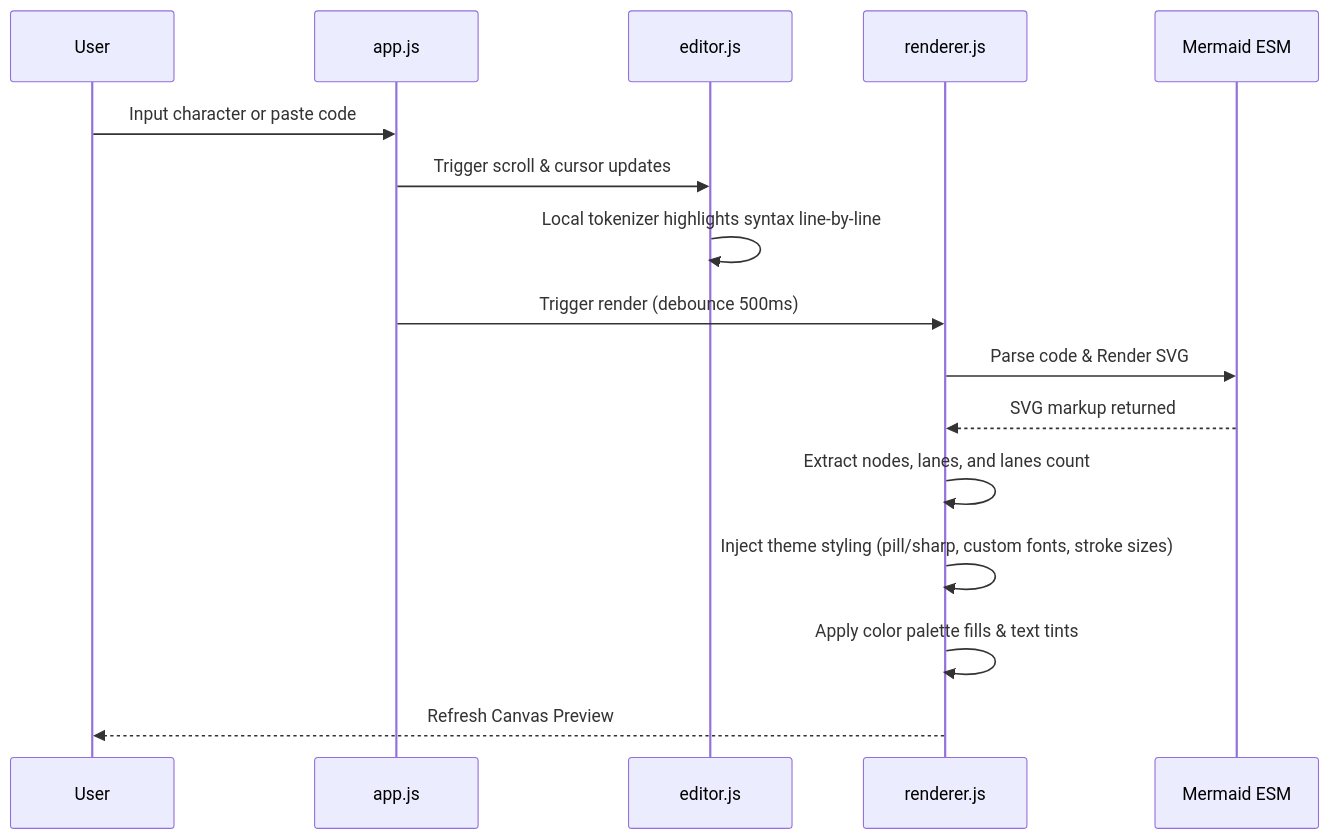
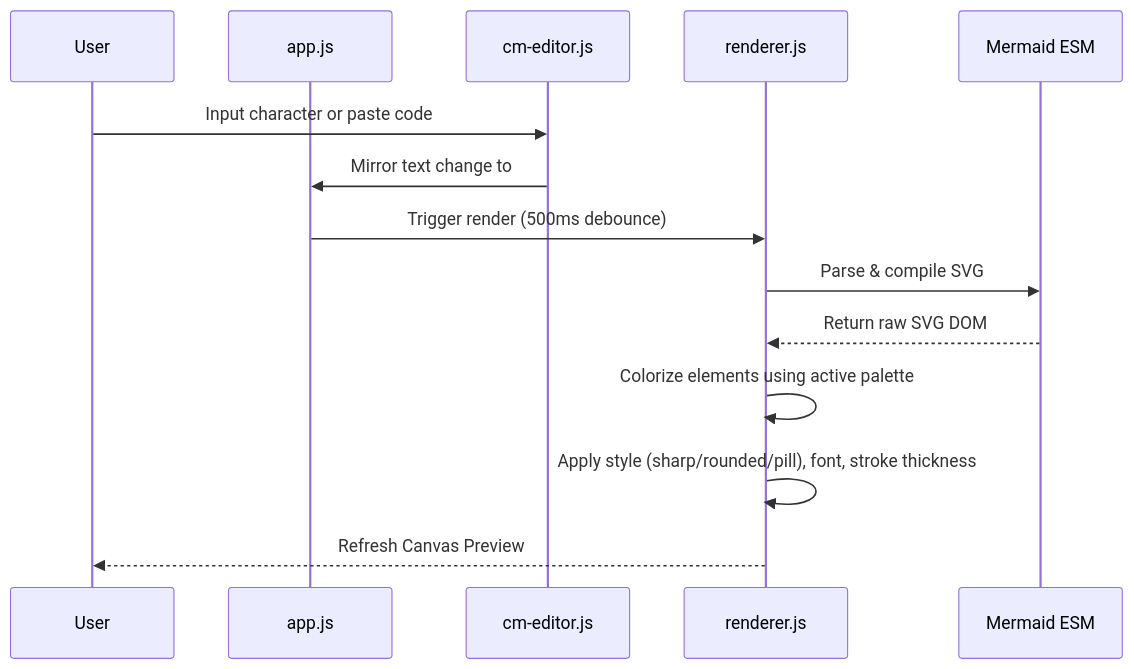
One commit to Thols-Games/Mermaidjs changed the fifth of 9 diagrams in Markdown/Codebase_Analysis.md. Above: the diagram before and after it, drawn with Mermaid. The commit also changed other lines of this file and 87 other files, not shown here.

First line of the commit message:
Add CodeMirror editor with snippets, decorations, and diagnostics

````diff
--- a/Markdown/Codebase_Analysis.md
+++ b/Markdown/Codebase_Analysis.md
@@ -79,19 +170,17 @@
 ```mermaid
 sequenceDiagram
     participant User
     participant App as app.js
-    participant Ed as editor.js
+    participant CM as cm-editor.js
     participant Rend as renderer.js
     participant MM as Mermaid ESM
 
-    User->>App: Input character or paste code
-    App->>Ed: Trigger scroll & cursor updates
-    Ed->>Ed: Local tokenizer highlights syntax line-by-line
-    App->>Rend: Trigger render (debounce 500ms)
-    Rend->>MM: Parse code & Render SVG
-    MM-->>Rend: SVG markup returned
-    Rend->>Rend: Extract nodes, lanes, and lanes count
-    Rend->>Rend: Inject theme styling (pill/sharp, custom fonts, stroke sizes)
-    Rend->>Rend: Apply color palette fills & text tints
+    User->>CM: Input character or paste code
+    CM->>App: Mirror text change to #source (input event)
+    App->>Rend: Trigger render (500ms debounce)
+    Rend->>MM: Parse & compile SVG
+    MM-->>Rend: Return raw SVG DOM
+    Rend->>Rend: Colorize elements using active palette
+    Rend->>Rend: Apply style (sharp/rounded/pill), font, stroke thickness
     Rend-->>User: Refresh Canvas Preview
 ```
````
